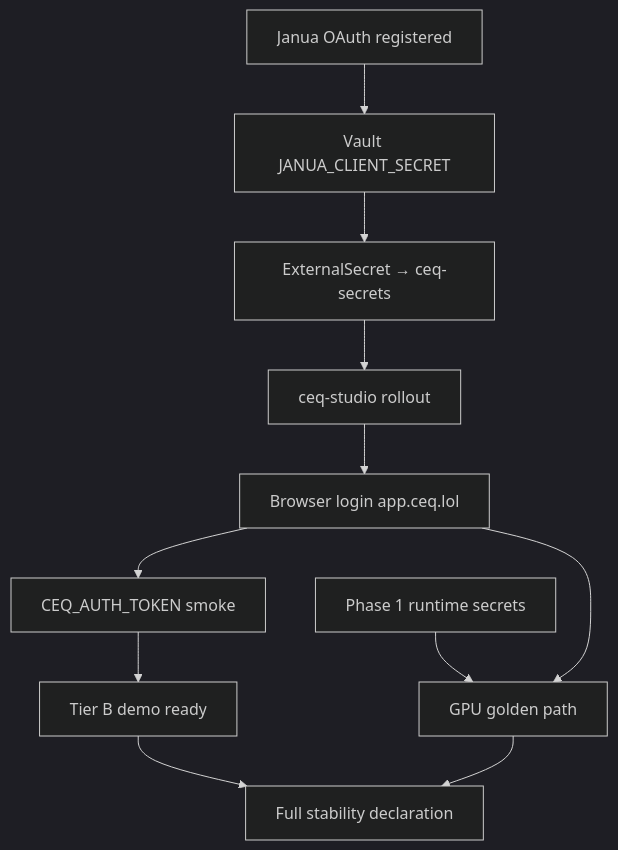
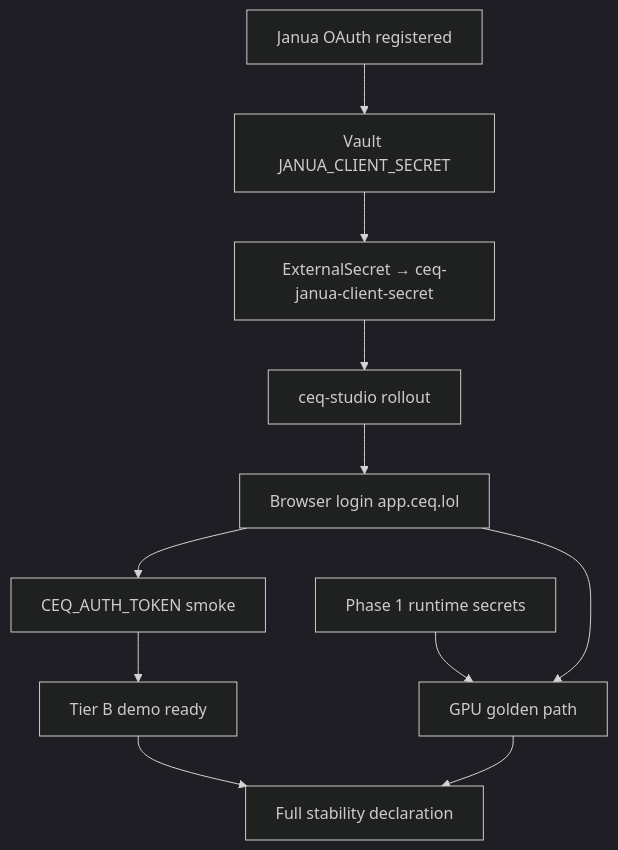
One commit to madfam-org/ceq changed the diagram in docs/CEQ_IDENTITY_AND_DEMO_WRAPUP.md. Above: the diagram before and after it, drawn with Mermaid (dark theme). The commit also changed other lines of this file and 49 other files, not shown here.

Commit message:
feat: add commercial GA controls and roadmap

````diff
--- a/docs/CEQ_IDENTITY_AND_DEMO_WRAPUP.md
+++ b/docs/CEQ_IDENTITY_AND_DEMO_WRAPUP.md
@@ -154,13 +158,13 @@
 ```mermaid
 flowchart TD
   A[Janua OAuth registered] --> B[Vault JANUA_CLIENT_SECRET]
-  B --> C[ExternalSecret → ceq-secrets]
+  B --> C[ExternalSecret → ceq-janua-client-secret]
   C --> D[ceq-studio rollout]
   D --> E[Browser login app.ceq.lol]
   E --> F[CEQ_AUTH_TOKEN smoke]
   F --> G[Tier B demo ready]
   H[Phase 1 runtime secrets] --> I[GPU golden path]
   E --> I
   G --> J[Full stability declaration]
   I --> J
 ```
````
